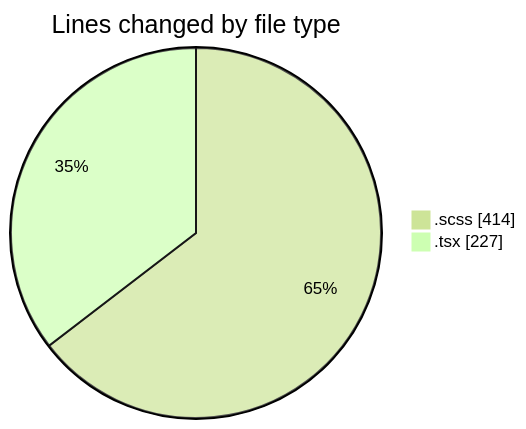
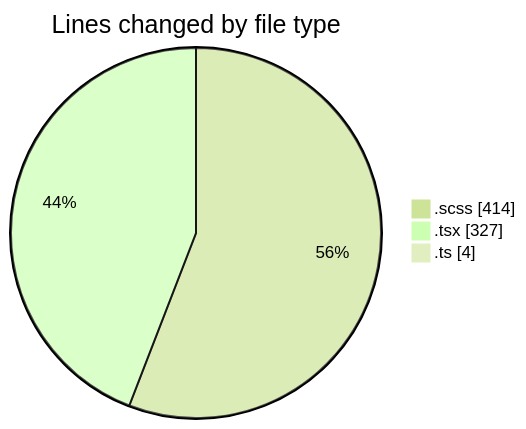
The first of 2 diagrams in 2025-03-02/cda/README.md (momahboobian/code-tracking), drawn with Mermaid (forest theme) before and after one commit. The commit also changed other lines of this file and 1 other file, not shown here.

````diff
--- a/2025-03-02/cda/README.md
+++ b/2025-03-02/cda/README.md
@@ -26,6 +28,7 @@
 ```mermaid
 pie showData
 title Lines changed by file type
 ".scss" : 414
-".tsx" : 227
+".tsx" : 327
+".ts" : 4
 ```
````
